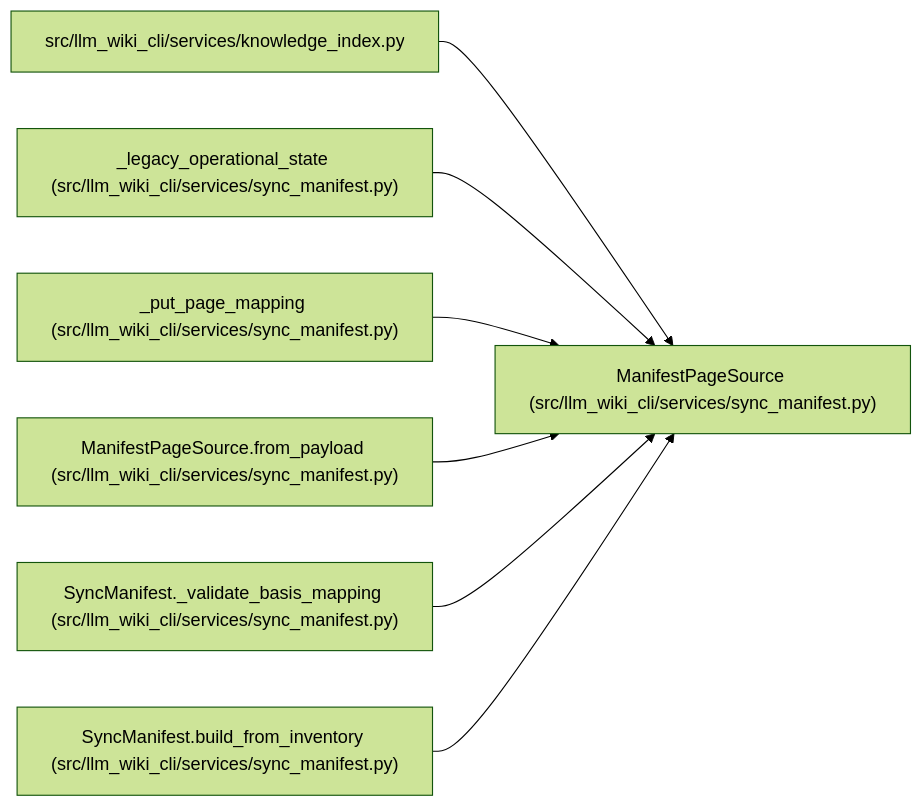
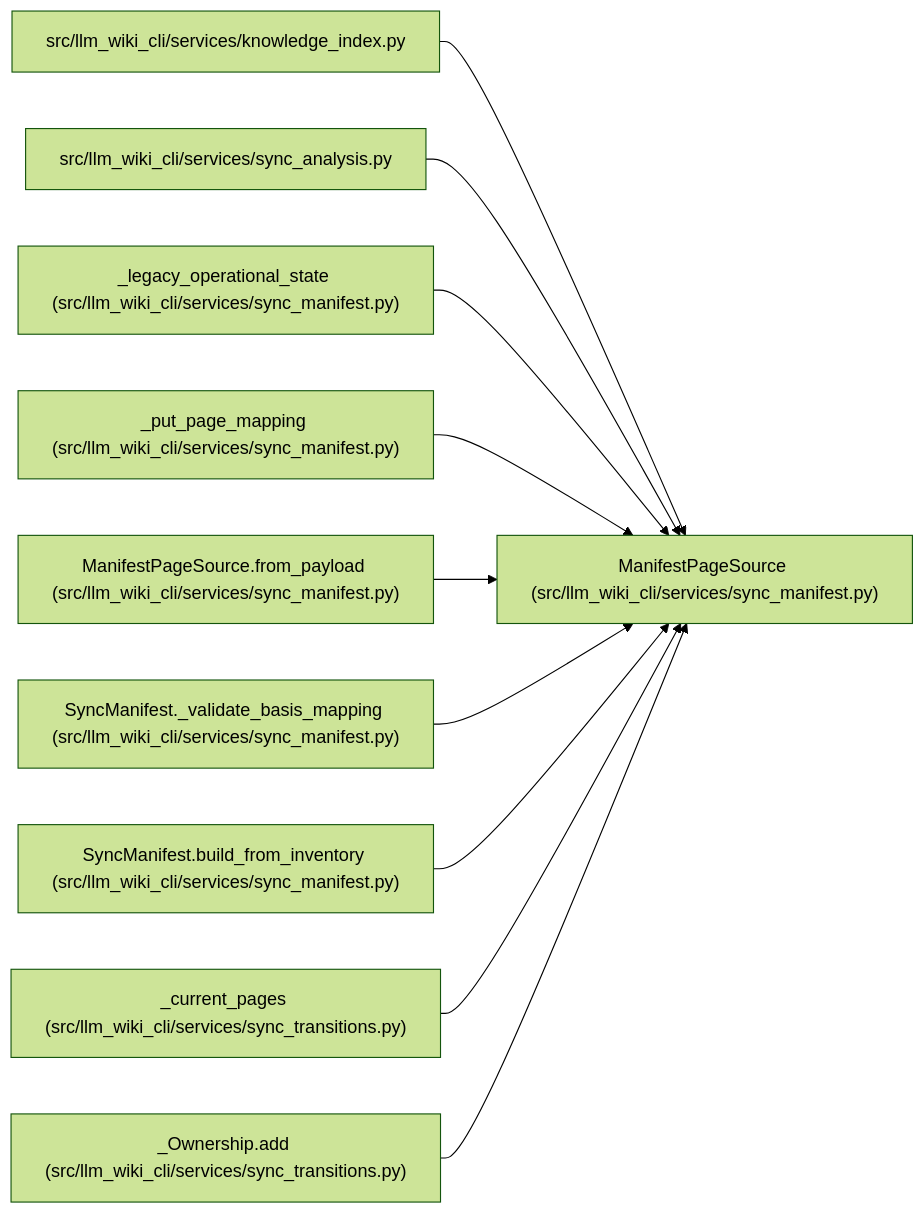
One commit to Denissvgn/python-wiki-llm changed the diagram in docs/llm_wiki/entities/ManifestPageSource.md. Above: the diagram before and after it, drawn with Mermaid (forest theme). The commit also changed other lines of this file and 490 other files, not shown here.

First line of the commit message:
Prepare v2.3.2: preserve sync page ownership and repair missing pages (#42)

````diff
--- a/docs/llm_wiki/entities/ManifestPageSource.md
+++ b/docs/llm_wiki/entities/ManifestPageSource.md
@@ -34,23 +34,32 @@
 ```mermaid
 flowchart LR
     n0["ManifestPageSource (src/llm_wiki_cli/services/sync_manifest.py)"]
     n1["src/llm_wiki_cli/services/knowledge_index.py"]
-    n2["_legacy_operational_state (src/llm_wiki_cli/services/sync_manifest.py)"]
-    n3["_put_page_mapping (src/llm_wiki_cli/services/sync_manifest.py)"]
-    n4["ManifestPageSource.from_payload (src/llm_wiki_cli/services/sync_manifest.py)"]
-    n5["SyncManifest._validate_basis_mapping (src/llm_wiki_cli/services/sync_manifest.py)"]
-    n6["SyncManifest.build_from_inventory (src/llm_wiki_cli/services/sync_manifest.py)"]
+    n2["src/llm_wiki_cli/services/sync_analysis.py"]
+    n3["_legacy_operational_state (src/llm_wiki_cli/services/sync_manifest.py)"]
+    n4["_put_page_mapping (src/llm_wiki_cli/services/sync_manifest.py)"]
+    n5["ManifestPageSource.from_payload (src/llm_wiki_cli/services/sync_manifest.py)"]
+    n6["SyncManifest._validate_basis_mapping (src/llm_wiki_cli/services/sync_manifest.py)"]
+    n7["SyncManifest.build_from_inventory (src/llm_wiki_cli/services/sync_manifest.py)"]
+    n8["_current_pages (src/llm_wiki_cli/services/sync_transitions.py)"]
+    n9["_Ownership.add (src/llm_wiki_cli/services/sync_transitions.py)"]
     n1 --> n0
     n2 --> n0
     n3 --> n0
     n4 --> n0
     n5 --> n0
     n6 --> n0
+    n7 --> n0
+    n8 --> n0
+    n9 --> n0
     click n0 "../modules/sync_manifest.md"
     click n1 "../modules/knowledge_index.md"
-    click n2 "../modules/sync_manifest.md"
+    click n2 "../modules/sync_analysis.md"
     click n3 "../modules/sync_manifest.md"
     click n4 "../modules/sync_manifest.md"
     click n5 "../modules/sync_manifest.md"
     click n6 "../modules/sync_manifest.md"
+    click n7 "../modules/sync_manifest.md"
+    click n8 "../modules/sync_transitions.md"
+    click n9 "../modules/sync_transitions.md"
 ```
````
